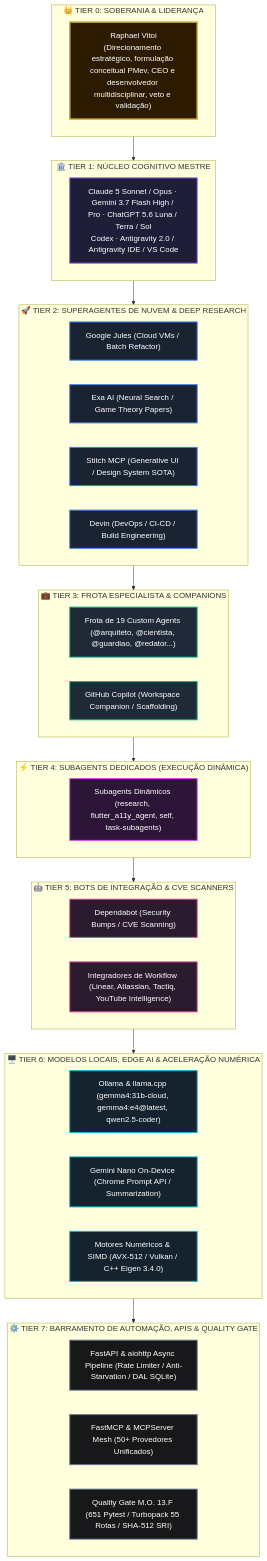
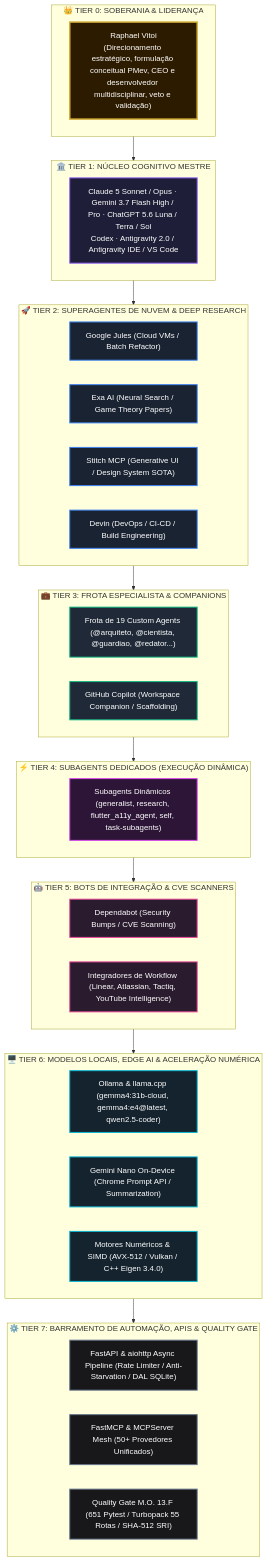
One commit to RaphaelVitoi/Site changed the first of 2 diagrams in docs/GOVERNANCA_PIRAMIDAL_SOTA.md. Above: the diagram before and after it, drawn with Mermaid. The commit also changed other lines of this file and 5 other files, not shown here.

Commit message:
feat(subagents): indexar e resgatar subagente generalist no Tier 4 e subagents_mesh

````diff
--- a/docs/GOVERNANCA_PIRAMIDAL_SOTA.md
+++ b/docs/GOVERNANCA_PIRAMIDAL_SOTA.md
@@ -11,69 +11,69 @@
 ```mermaid
 flowchart TB
     subgraph T0["👑 TIER 0: SOBERANIA & LIDERANÇA"]
         VITOI["Raphael Vitoi\n(Direcionamento estratégico, formulação conceitual PMev, CEO e desenvolvedor multidisciplinar, veto e validação)"]
     end
 
     subgraph T1["🏛️ TIER 1: NÚCLEO COGNITIVO MESTRE"]
         CORE_LLM["Claude 5 Sonnet / Opus · Gemini 3.7 Flash High / Pro · ChatGPT 5.6 Luna / Terra / Sol\nCodex · Antigravity 2.0 / Antigravity IDE / VS Code"]
     end
 
     subgraph T2["🚀 TIER 2: SUPERAGENTES DE NUVEM & DEEP RESEARCH"]
         JULES["Google Jules (Cloud VMs / Batch Refactor)"]
         EXA["Exa AI (Neural Search / Game Theory Papers)"]
         STITCH["Stitch MCP (Generative UI / Design System SOTA)"]
         DEVIN["Devin (DevOps / CI-CD / Build Engineering)"]
     end
 
     subgraph T3["💼 TIER 3: FROTA ESPECIALISTA & COMPANIONS"]
         FLEET["Frota de 19 Custom Agents (@arquiteto, @cientista, @guardiao, @redator...)"]
         COPILOT["GitHub Copilot (Workspace Companion / Scaffolding)"]
     end
 
     subgraph T4["⚡ TIER 4: SUBAGENTS DEDICADOS (EXECUÇÃO DINÂMICA)"]
-        SUBAGENTS["Subagents Dinâmicos (research, flutter_a11y_agent, self, task-subagents)"]
+        SUBAGENTS["Subagents Dinâmicos (generalist, research, flutter_a11y_agent, self, task-subagents)"]
     end
 
     subgraph T5["🤖 TIER 5: BOTS DE INTEGRAÇÃO & CVE SCANNERS"]
         DEPENDABOT["Dependabot (Security Bumps / CVE Scanning)"]
         INTEGRATORS["Integradores de Workflow (Linear, Atlassian, Tactiq, YouTube Intelligence)"]
     end
 
     subgraph T6["🖥️ TIER 6: MODELOS LOCAIS, EDGE AI & ACELERAÇÃO NUMÉRICA"]
         LOCAL_LLM["Ollama & llama.cpp (gemma4:31b-cloud, gemma4:e4@latest, qwen2.5-coder)"]
         NANO["Gemini Nano On-Device (Chrome Prompt API / Summarization)"]
         NUMERIC["Motores Numéricos & SIMD (AVX-512 / Vulkan / C++ Eigen 3.4.0)"]
     end
 
     subgraph T7["⚙️ TIER 7: BARRAMENTO DE AUTOMAÇÃO, APIS & QUALITY GATE"]
         APIS["FastAPI & aiohttp Async Pipeline (Rate Limiter / Anti-Starvation / DAL SQLite)"]
         MCP["FastMCP & MCPServer Mesh (50+ Provedores Unificados)"]
         GATE["Quality Gate M.O. 13.F (651 Pytest / Turbopack 55 Rotas / SHA-512 SRI)"]
     end
 
     T0 --> T1
     T1 --> T2
     T2 --> T3
     T3 --> T4
     T4 --> T5
     T5 --> T6
     T6 --> T7
 
     classDef t0 fill:#2d1b00,stroke:#d4af37,stroke-width:3px,color:#fff;
     classDef t1 fill:#1e1e38,stroke:#8b5cf6,stroke-width:2px,color:#fff;
     classDef t2 fill:#1a2332,stroke:#3b82f6,stroke-width:2px,color:#fff;
     classDef t3 fill:#1f2937,stroke:#10b981,stroke-width:2px,color:#fff;
     classDef t4 fill:#2d1537,stroke:#d946ef,stroke-width:2px,color:#fff;
     classDef t5 fill:#2a1c2e,stroke:#ec4899,stroke-width:2px,color:#fff;
     classDef t6 fill:#14232e,stroke:#06b6d4,stroke-width:2px,color:#fff;
     classDef t7 fill:#18181b,stroke:#64748b,stroke-width:2px,color:#fff;
 
     class VITOI t0;
     class CORE_LLM t1;
     class JULES,EXA,STITCH,DEVIN t2;
     class FLEET,COPILOT t3;
     class SUBAGENTS t4;
     class DEPENDABOT,INTEGRATORS t5;
     class LOCAL_LLM,NANO,NUMERIC t6;
     class APIS,MCP,GATE t7;
 ```
````
